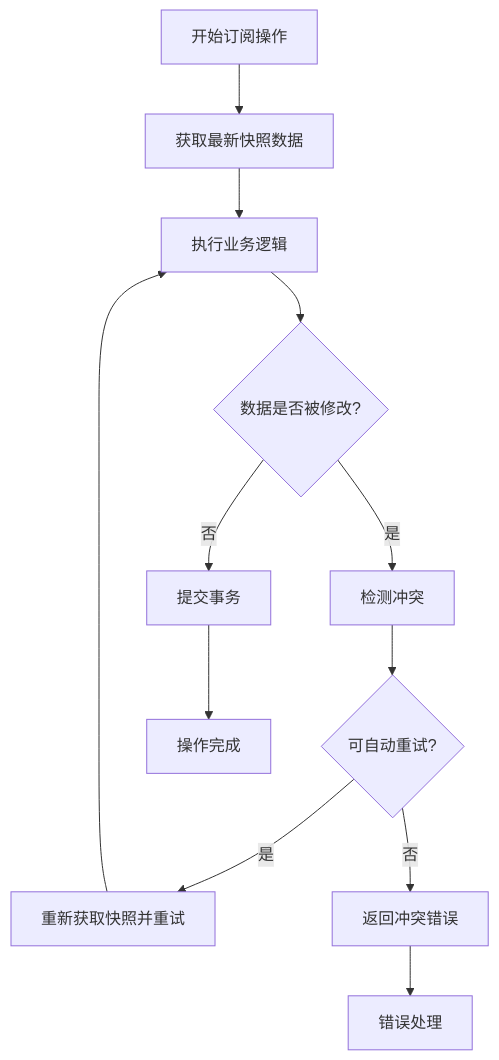
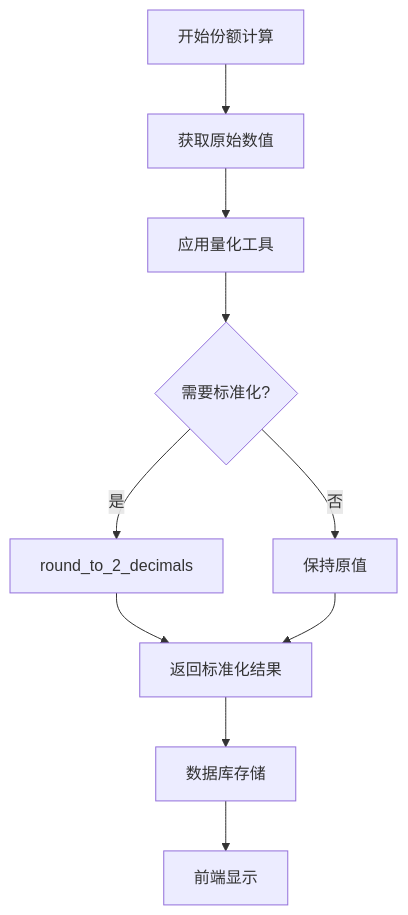
One commit to gujialind/InvestRing changed the sixth of 7 diagrams in .qoder/repowiki/zh/content/核心业务功能/订阅管理.md. Above: the diagram before and after it, drawn with Mermaid. The commit also changed other lines of this file and 19 other files, not shown here.

````diff
--- a/.qoder/repowiki/zh/content/核心业务功能/订阅管理.md
+++ b/.qoder/repowiki/zh/content/核心业务功能/订阅管理.md
@@ -403,14 +417,12 @@
 ```mermaid
 flowchart TD
-A[开始订阅操作] --> B[获取最新快照数据]
-B --> C[执行业务逻辑]
-C --> D{数据是否被修改?}
-D --> |否| E[提交事务]
-D --> |是| F[检测冲突]
-F --> G{可自动重试?}
-G --> |是| H[重新获取快照并重试]
-G --> |否| I[返回冲突错误]
-H --> C
-E --> J[操作完成]
-I --> K[错误处理]
+A[开始份额计算] --> B[获取原始数值]
+B --> C[应用量化工具]
+C --> D{需要标准化?}
+D --> |是| E[round_to_2_decimals]
+D --> |否| F[保持原值]
+E --> G[返回标准化结果]
+F --> G
+G --> H[数据库存储]
+H --> I[前端显示]
 ```
````
